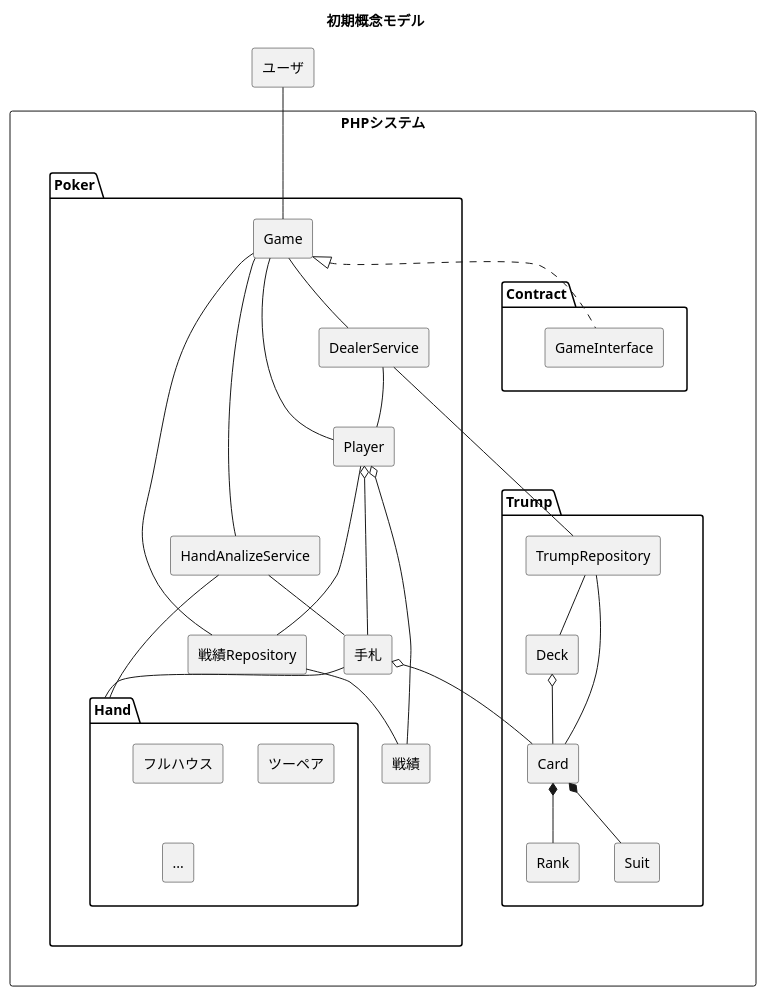
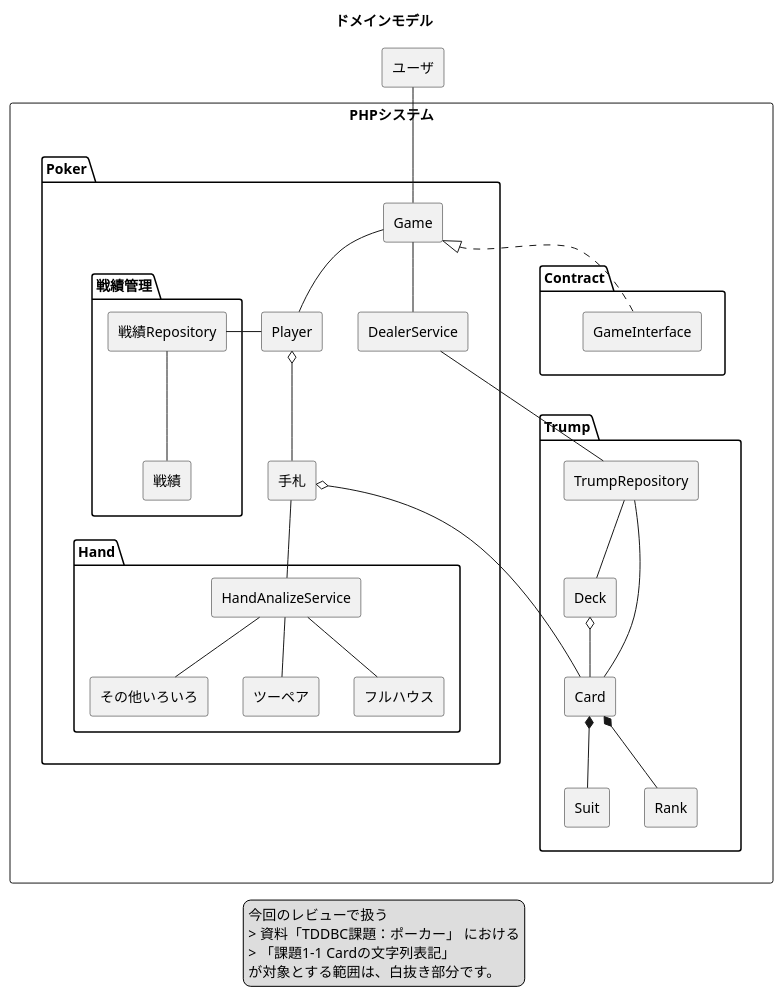
One commit to Kimita/mobpair_with_mohira changed the diagram in docs/domain-model.puml. Above: the diagram before and after it, drawn with PlantUML. The commit also changed 1 other file, not shown here.

Commit message:
初期概念モデル図を改良してドメインモデル図とした。

```diff
--- a/docs/domain-model.puml
+++ b/docs/domain-model.puml
@@ -1,88 +1,79 @@
 @startuml
 
-title: 初期概念モデル
+title: ドメインモデル
 
 agent ユーザ
 
 rectangle PHPシステム {
 
     package Contract {
         agent GameInterface
     }
 
     package Trump {
 
         agent TrumpRepository
         agent Deck
         agent Card
         agent Suit
         agent Rank
     }
 
     package Poker {
         agent Game
         agent Player
         agent DealerService
         agent 手札
-        agent 戦績
-        agent 戦績Repository
-        agent HandAnalizeService
+        package 戦績管理 {
+            agent 戦績
+            agent 戦績Repository
+        }
         package Hand {
+            agent HandAnalizeService
             agent フルハウス
             agent ツーペア
-            agent "..."
+            agent その他いろいろ
         }
     }
 }
 
-Poker -[hidden]- Contract
-Poker -[hidden]- Trump
+'' PHPシステム直下パッケージの位置関係
+Poker -[hidden]r- Contract
 Contract -[hidden]d- Trump
 
+'' Pokerパッケージ
 ユーザ -- Game
+Game <|.. GameInterface
+'' Gameインスタンスが直接触るモデル群
+Game -d- DealerService
+Game -d- Player
 
-'' Pokerパッケージ
-Game -[hidden]d- PHPシステム
-Game <|.. GameInterface
-Game -- DealerService
-Game -- Player
-Game -- HandAnalizeService
-Game -- 戦績Repository
+Player -l- 戦績Repository
+Player o-- 手札
+手札 o-- Card
+手札 -d- HandAnalizeService
 
-'' Gameインスタンスが直接触るモデル群
-DealerService -[hidden]u- Game
-Player -[hidden]u- Game
-HandAnalizeService -[hidden]u- Game
-DealerService -[hidden]- Player
-Player -[hidden]- HandAnalizeService
-HandAnalizeService -[hidden]- 戦績Repository
+HandAnalizeService -d- フルハウス
+HandAnalizeService -d- ツーペア
+HandAnalizeService -d- その他いろいろ
+フルハウス -[hidden]l- ツーペア
 
-Player o-d- 手札
-Player o-d- 戦績
-手札 o-- Card
-手札 -- Hand
-
-HandAnalizeService -d- Hand
-HandAnalizeService -d- 手札
-
-戦績Repository -- 戦績
-戦績Repository -- Player
+戦績Repository -d- 戦績
 
 DealerService -- TrumpRepository
-DealerService -- Player
 
 '' Trumpパッケージ
 Card *-- Suit
 Card *-- Rank
 Deck o-- Card
 TrumpRepository -- Card
 TrumpRepository -- Deck
 
-'legend
-'今回のレビューで扱う
-'> 資料「TDDBC課題：ポーカー」 における
-'> 「課題1-1 Cardの文字列表記」
-'が対象とする範囲は、白抜き部分です。
-'end legend
+legend
+今回のレビューで扱う
+> 資料「TDDBC課題：ポーカー」 における
+> 「課題1-1 Cardの文字列表記」
+が対象とする範囲は、白抜き部分です。
+end legend
 
 @enduml
```
